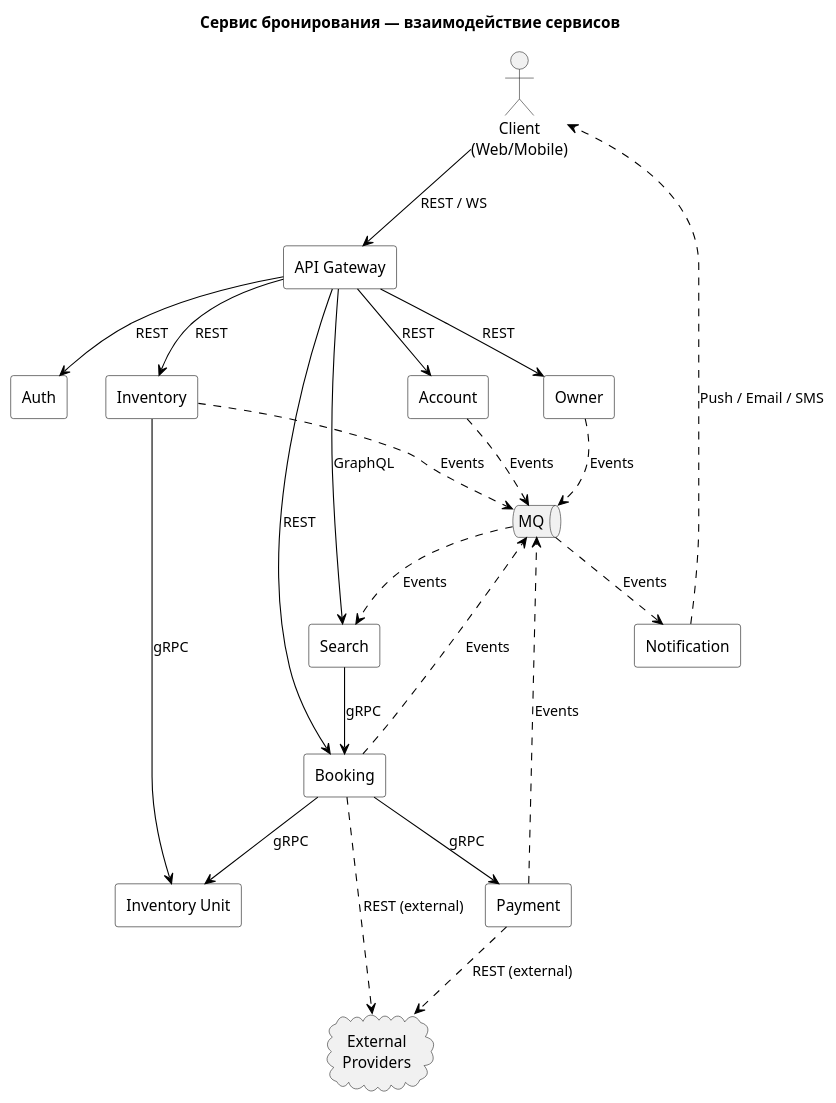
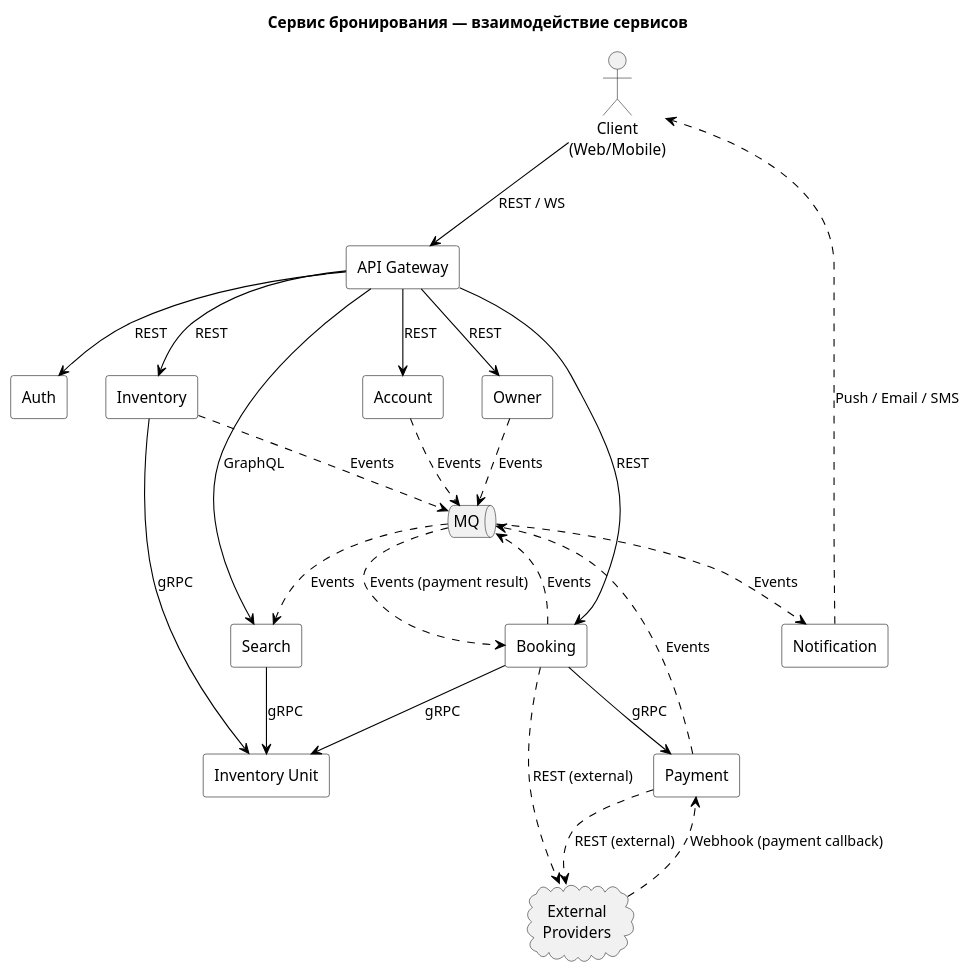
Before and after one commit to Fleaman777/sd-homework: the diagram in hw_02/solution/README.md, drawn with PlantUML. The commit also changed other lines of this file and 2 other files, not shown here.

```diff
--- a/hw_02/solution/README.md
+++ b/hw_02/solution/README.md
@@ -41,62 +42,66 @@
 @startuml booking-architecture
 title Сервис бронирования — взаимодействие сервисов
 
 skinparam componentStyle rectangle
 skinparam rectangle {
 BackgroundColor White
 BorderColor Black
 }
 skinparam ArrowColor Black
 skinparam defaultTextAlignment center
 
 actor "Client\n(Web/Mobile)" as Client
 
 rectangle "API Gateway" as Gateway
 rectangle "Auth" as Auth
 rectangle "Account" as Account
 rectangle "Owner" as Owner
 rectangle "Inventory" as Inventory
 rectangle "Inventory Unit" as Unit
 rectangle "Search" as Search
 rectangle "Booking" as Booking
 rectangle "Payment" as Payment
 rectangle "Notification" as Notification
 queue "MQ" as MQ
 cloud "External\nProviders" as Ext
 
 ' --- Client / Gateway ---
 Client --> Gateway : REST / WS
 
 ' --- Gateway -> синхронные сервисы ---
 Gateway --> Auth : REST
 Gateway --> Account : REST
 Gateway --> Owner : REST
 Gateway --> Inventory : REST
 Gateway --> Booking : REST
 Gateway --> Search : GraphQL
 
 ' --- Синхронные внутренние (gRPC) ---
-Search --> Booking : gRPC
+Search --> Unit : gRPC
 Booking --> Payment : gRPC
 Booking --> Unit : gRPC
 Inventory --> Unit : gRPC
 
 ' --- События в брокер ---
 Account ..> MQ : Events
 Owner ..> MQ : Events
 Inventory ..> MQ : Events
 Booking ..> MQ : Events
 Payment ..> MQ : Events
 
 ' --- Синхронизация read-model ---
 MQ ..> Search : Events
 
 ' --- Нотификации ---
 MQ ..> Notification : Events
 Notification ..> Client : Push / Email / SMS
 
 ' --- Внешние интеграции ---
 Payment ..> Ext : REST (external)
 Booking ..> Ext : REST (external)
 
+' --- Callback оплаты ---
+Ext ..> Payment : Webhook (payment callback)
+MQ ..> Booking : Events (payment result)
+
 @enduml
```
